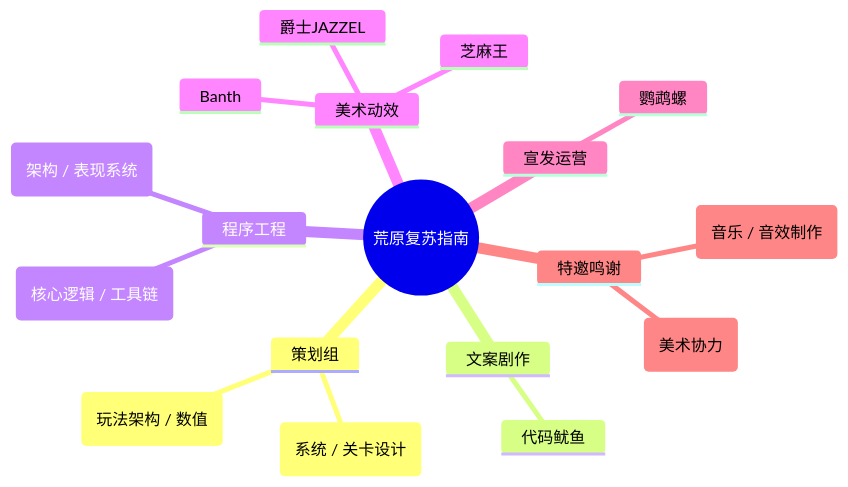
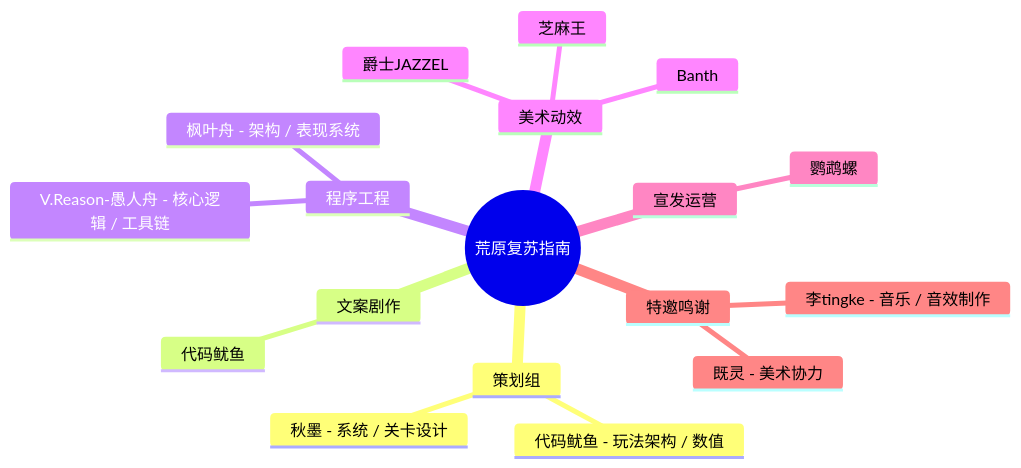
The sixth of 6 diagrams in README.md (5FYZhou/deepseaoil), drawn with Mermaid before and after one commit. The commit also changed other lines of this file, not shown here.

````diff
--- a/README.md
+++ b/README.md
@@ -249,21 +241,21 @@
 ```mermaid
 mindmap
   root((荒原复苏指南))
     策划组
-      代码鱿鱼 (玩法架构 / 数值)
-      秋墨 (系统 / 关卡设计)
+      代码鱿鱼 - 玩法架构 / 数值
+      秋墨 - 系统 / 关卡设计
     文案剧作
       代码鱿鱼
     程序工程
-      枫叶舟 (架构 / 表现系统)
-      V.Reason-愚人舟 (核心逻辑 / 工具链)
+      枫叶舟 - 架构 / 表现系统
+      V.Reason-愚人舟 - 核心逻辑 / 工具链
     美术动效
       Banth
       芝麻王
       爵士JAZZEL
     宣发运营
       鹦鹉螺
     特邀鸣谢
-      李tingke (音乐 / 音效制作)
-      既灵 (美术协力)
+      李tingke - 音乐 / 音效制作
+      既灵 - 美术协力
 ```
````
